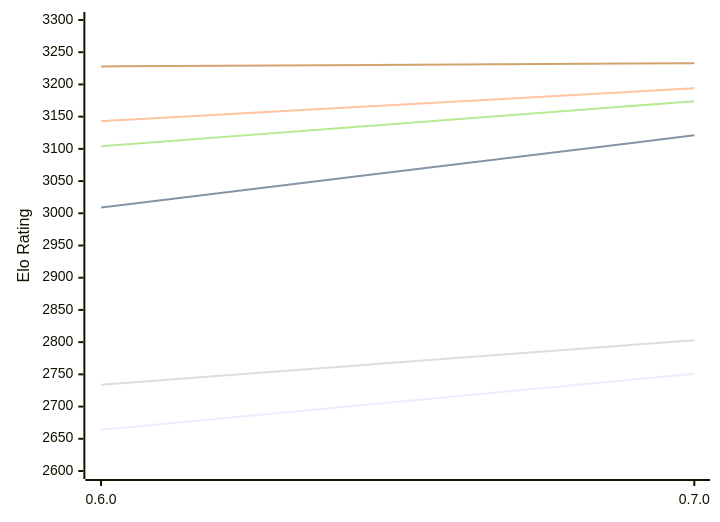
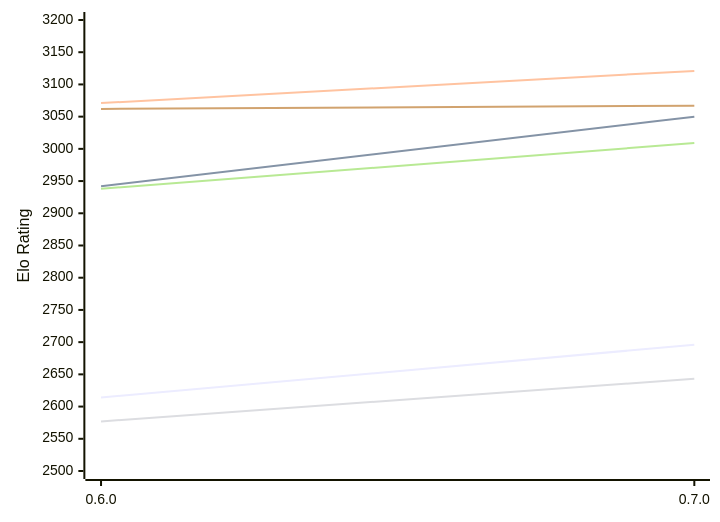
One commit to computer-chess-index/cci changed the first of 2 diagrams in engines/AteNika.md. Above: the diagram before and after it, drawn with Mermaid. The commit also changed other lines of this file, not shown here.

Commit message:
Update CCI Ratings (ELO VLTC) - 2026-11-13

````diff
--- a/engines/AteNika.md
+++ b/engines/AteNika.md
@@ -52,12 +52,12 @@
 ```mermaid
 %%{init: {"theme":"base","themeVariables":{"seriesColors:['#a3a3a3','#222221','#faa371']}}}%%
 xychart-beta
   x-axis ["0.6.0", "0.7.0"]
-  y-axis "Elo Rating" 2600 --> 3300
-  line "E1: STC (8.0+0.08s)" [2664, 2751]
-  line "E1: LTC (60.0+0.60s)" [3009, 3121]
-  line "E1: VLTC (2m24s+1.12s)" [3143, 3194]
-  line "P1: STC (8.0+0.08s)" [2734, 2803]
-  line "P1: LTC (60.0+0.60s)" [3104, 3174]
-  line "P1: VLTC (2m24s+1.12s)" [3228, 3233]
+  y-axis "Elo Rating" 2500 --> 3200
+  line "E1: STC (8.0+0.08s)" [2614, 2696]
+  line "E1: LTC (60.0+0.60s)" [2942, 3050]
+  line "E1: VLTC (2m24s+1.12s)" [3071, 3121]
+  line "P1: STC (8.0+0.08s)" [2577, 2643]
+  line "P1: LTC (60.0+0.60s)" [2938, 3009]
+  line "P1: VLTC (2m24s+1.12s)" [3062, 3067]
 ```
````
